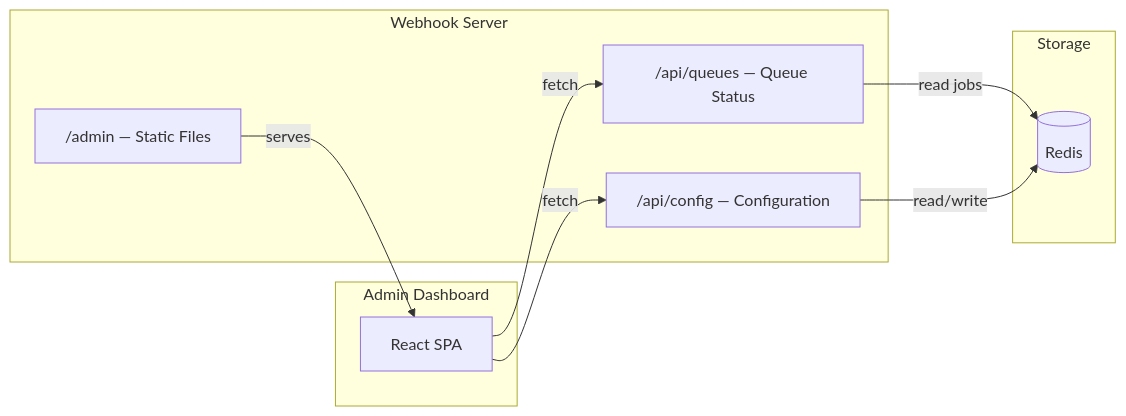
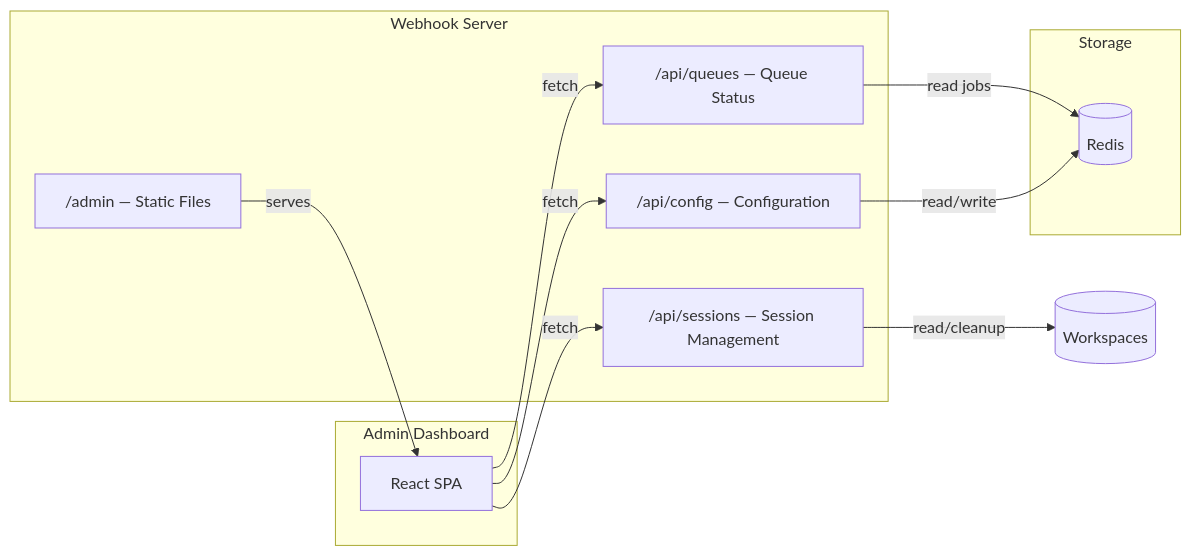
The eighth of 8 diagrams in docs/architecture.md (mappedin-dev/mapthew), drawn with Mermaid before and after one commit. The commit also changed other lines of this file and 5 other files, not shown here.

````diff
--- a/docs/architecture.md
+++ b/docs/architecture.md
@@ -254,22 +301,25 @@
 ```mermaid
 flowchart LR
     subgraph Dashboard["Admin Dashboard"]
         UI["React SPA"]
     end
 
     subgraph Server["Webhook Server"]
         STATIC["/admin — Static Files"]
         API_Q["/api/queues — Queue Status"]
         API_C["/api/config — Configuration"]
+        API_S["/api/sessions — Session Management"]
     end
 
     subgraph Storage
         REDIS[("Redis")]
     end
 
     UI -->|fetch| API_Q
     UI -->|fetch| API_C
+    UI -->|fetch| API_S
     API_Q -->|read jobs| REDIS
     API_C -->|read/write| REDIS
+    API_S -->|read/cleanup| WORKSPACES[("Workspaces")]
     STATIC -->|serves| UI
 ```
````
